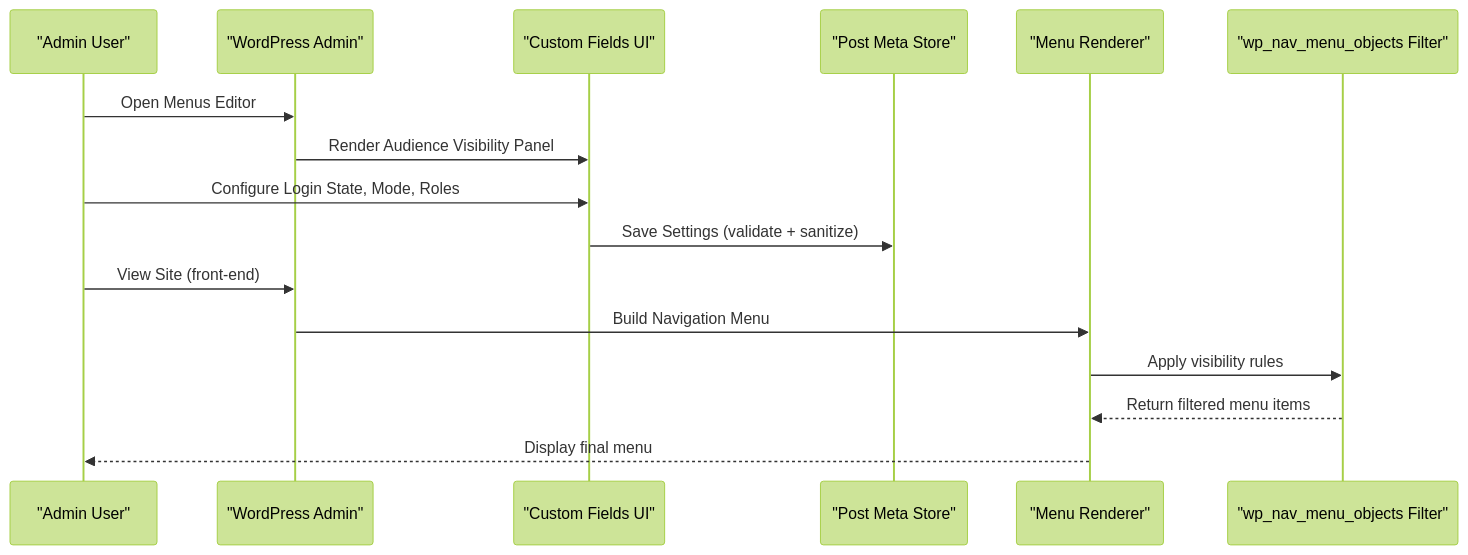
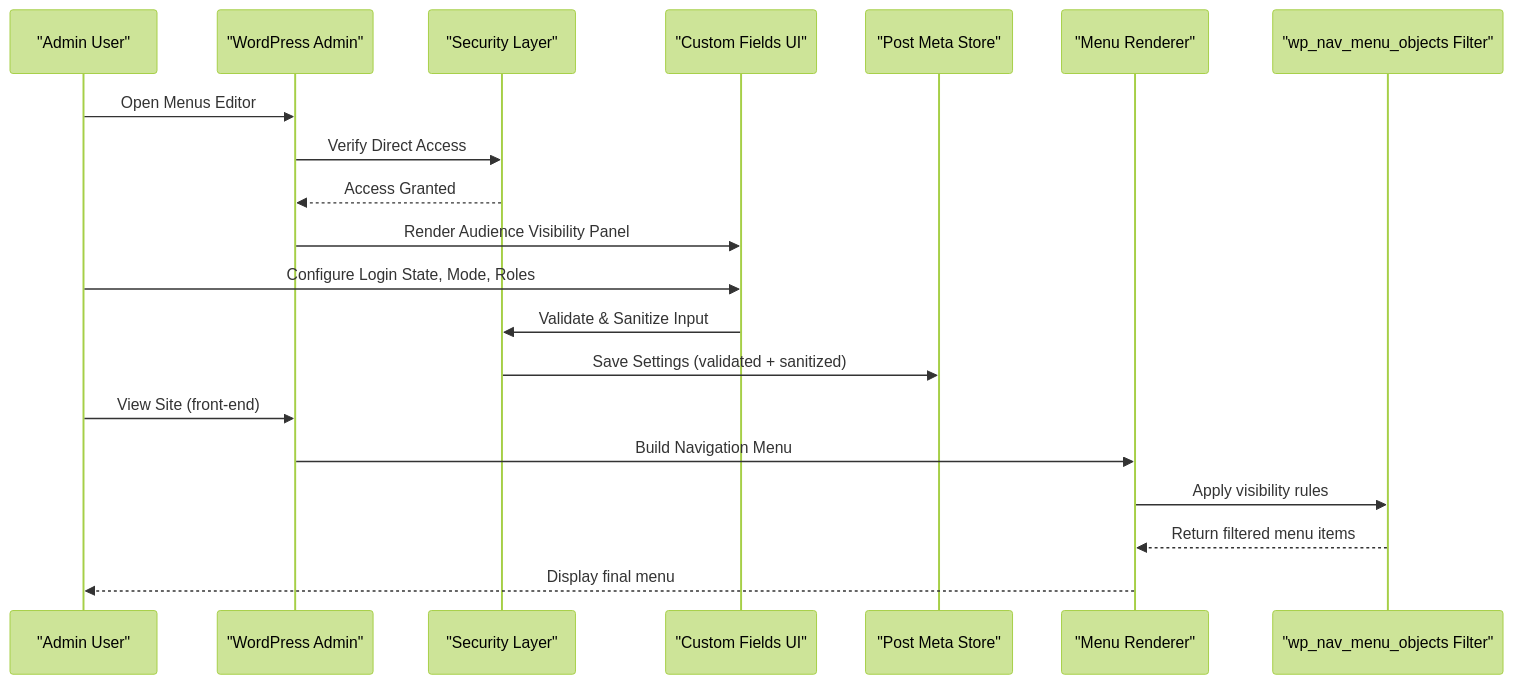
The second of 6 diagrams in .qoder/repowiki/en/content/Plugin Overview.md (mahfuzurwp/hide-menu-items-by-role), drawn with Mermaid (forest theme) before and after one commit. The commit also changed other lines of this file and 8 other files, not shown here.

````diff
--- a/.qoder/repowiki/en/content/Plugin Overview.md
+++ b/.qoder/repowiki/en/content/Plugin Overview.md
@@ -82,18 +102,22 @@
 ```mermaid
 sequenceDiagram
 participant Admin as "Admin User"
 participant WP as "WordPress Admin"
+participant Security as "Security Layer"
 participant UI as "Custom Fields UI"
 participant Store as "Post Meta Store"
 participant Render as "Menu Renderer"
 participant Filter as "wp_nav_menu_objects Filter"
 Admin->>WP : Open Menus Editor
+WP->>Security : Verify Direct Access
+Security-->>WP : Access Granted
 WP->>UI : Render Audience Visibility Panel
 Admin->>UI : Configure Login State, Mode, Roles
-UI->>Store : Save Settings (validate + sanitize)
+UI->>Security : Validate & Sanitize Input
+Security->>Store : Save Settings (validated + sanitized)
 Admin->>WP : View Site (front-end)
 WP->>Render : Build Navigation Menu
 Render->>Filter : Apply visibility rules
 Filter-->>Render : Return filtered menu items
 Render-->>Admin : Display final menu
 ```
````
